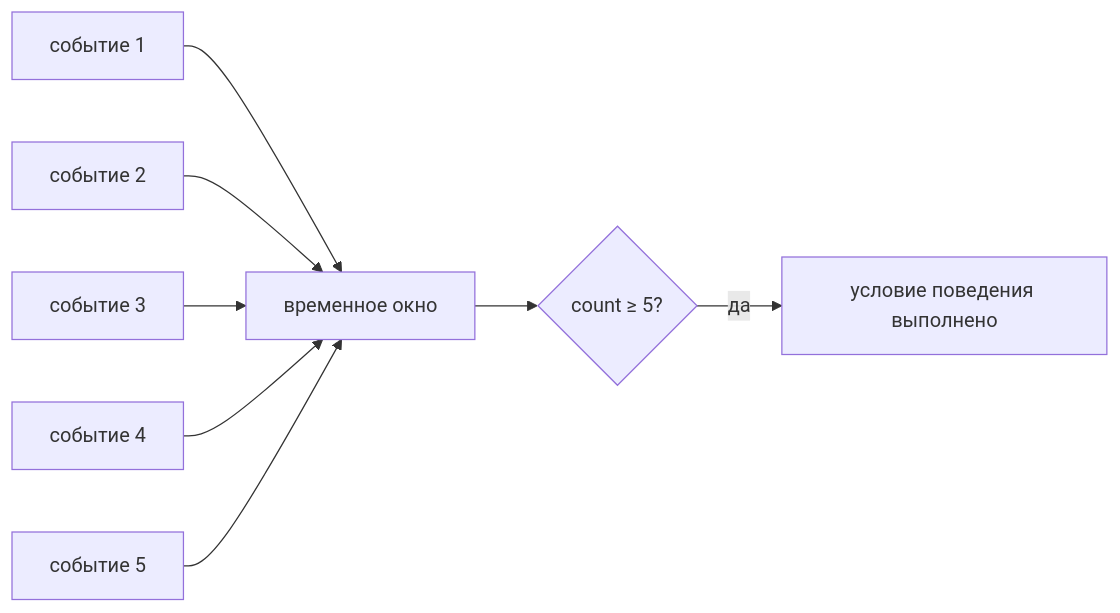
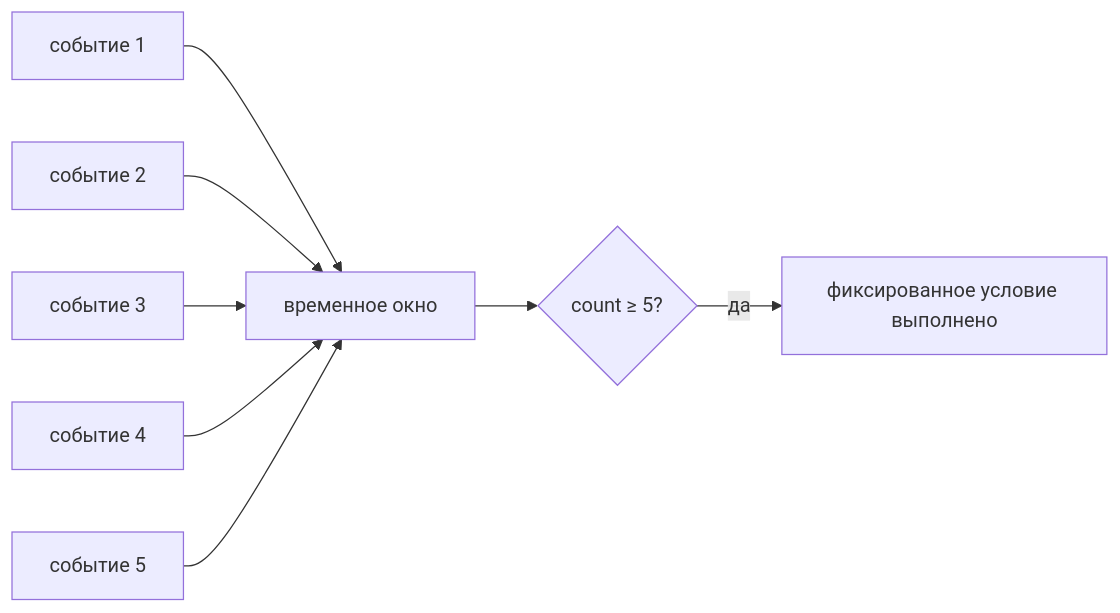
Before and after one commit to 11ndra/spvo: the third of 6 diagrams in docs/course/05-firewall-vs-idps.md, drawn with Mermaid. The commit also changed other lines of this file and 21 other files, not shown here.

````diff
--- a/docs/course/05-firewall-vs-idps.md
+++ b/docs/course/05-firewall-vs-idps.md
@@ -168,10 +160,10 @@
 ```mermaid
 flowchart LR
-    E1[событие 1] --> W[временное окно]
-    E2[событие 2] --> W
-    E3[событие 3] --> W
-    E4[событие 4] --> W
-    E5[событие 5] --> W
-    W --> C{count ≥ 5?}
-    C -->|да| A[условие поведения выполнено]
+    E1["событие 1"] --> W["временное окно"]
+    E2["событие 2"] --> W
+    E3["событие 3"] --> W
+    E4["событие 4"] --> W
+    E5["событие 5"] --> W
+    W --> C{"count ≥ 5?"}
+    C -->|да| A["фиксированное условие выполнено"]
 ```
````
